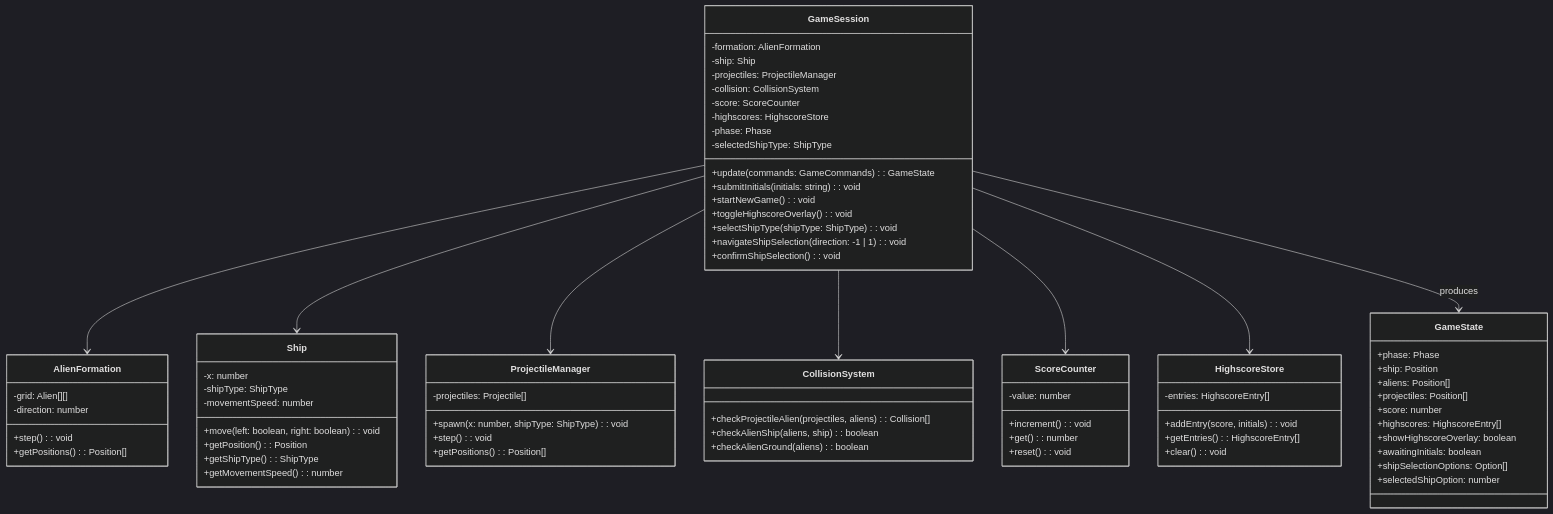
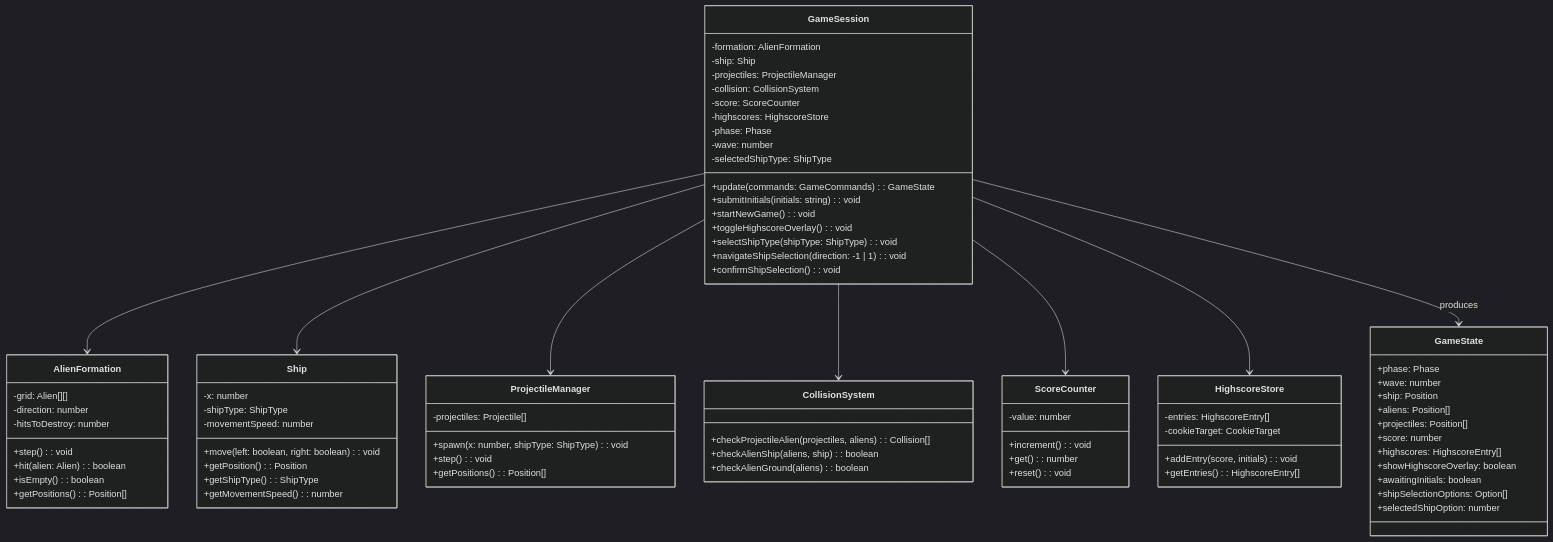
One commit to akmaier/AlienInvasion changed the diagram in docs/architecture/MOD-game-logic.md. Above: the diagram before and after it, drawn with Mermaid (dark theme). The commit also changed other lines of this file and 5 other files, not shown here.

First line of the commit message:
Architecture follows UC-003/004/006/008/009: waves and a cookie-kept highscore list

````diff
--- a/docs/architecture/MOD-game-logic.md
+++ b/docs/architecture/MOD-game-logic.md
@@ -127,77 +134,82 @@
 ```mermaid
 classDiagram
     class GameSession {
         -formation: AlienFormation
         -ship: Ship
         -projectiles: ProjectileManager
         -collision: CollisionSystem
         -score: ScoreCounter
         -highscores: HighscoreStore
         -phase: Phase
+        -wave: number
         -selectedShipType: ShipType
         +update(commands: GameCommands): GameState
         +submitInitials(initials: string): void
         +startNewGame(): void
         +toggleHighscoreOverlay(): void
         +selectShipType(shipType: ShipType): void
         +navigateShipSelection(direction: -1 | 1): void
         +confirmShipSelection(): void
     }
     class AlienFormation {
         -grid: Alien[][]
         -direction: number
+        -hitsToDestroy: number
         +step(): void
+        +hit(alien: Alien): boolean
+        +isEmpty(): boolean
         +getPositions(): Position[]
     }
     class Ship {
         -x: number
         -shipType: ShipType
         -movementSpeed: number
         +move(left: boolean, right: boolean): void
         +getPosition(): Position
         +getShipType(): ShipType
         +getMovementSpeed(): number
     }
     class ProjectileManager {
         -projectiles: Projectile[]
         +spawn(x: number, shipType: ShipType): void
         +step(): void
         +getPositions(): Position[]
     }
     class CollisionSystem {
         +checkProjectileAlien(projectiles, aliens): Collision[]
         +checkAlienShip(aliens, ship): boolean
         +checkAlienGround(aliens): boolean
     }
     class ScoreCounter {
         -value: number
         +increment(): void
         +get(): number
         +reset(): void
     }
     class HighscoreStore {
         -entries: HighscoreEntry[]
+        -cookieTarget: CookieTarget
         +addEntry(score, initials): void
         +getEntries(): HighscoreEntry[]
-        +clear(): void
     }
     class GameState {
         +phase: Phase
+        +wave: number
         +ship: Position
         +aliens: Position[]
         +projectiles: Position[]
         +score: number
         +highscores: HighscoreEntry[]
         +showHighscoreOverlay: boolean
         +awaitingInitials: boolean
         +shipSelectionOptions: Option[]
         +selectedShipOption: number
     }
     GameSession --> AlienFormation
     GameSession --> Ship
     GameSession --> ProjectileManager
     GameSession --> CollisionSystem
     GameSession --> ScoreCounter
     GameSession --> HighscoreStore
     GameSession --> GameState: produces
 ```
````
